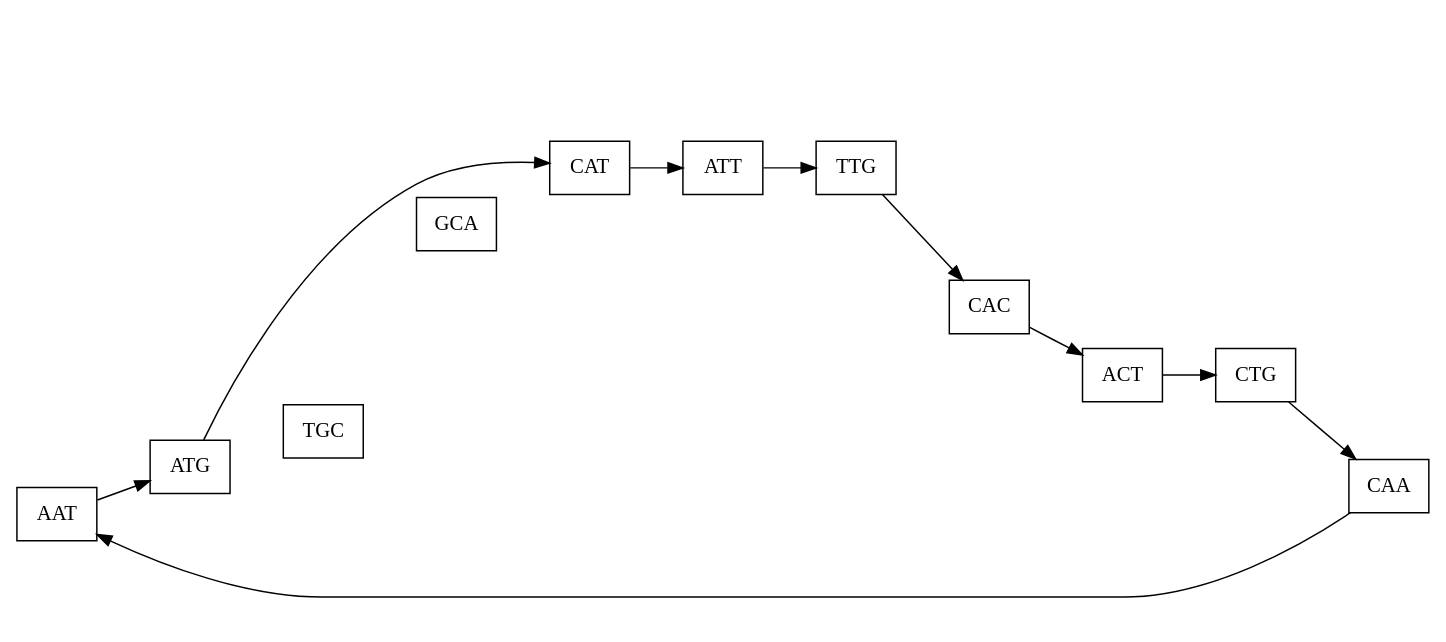
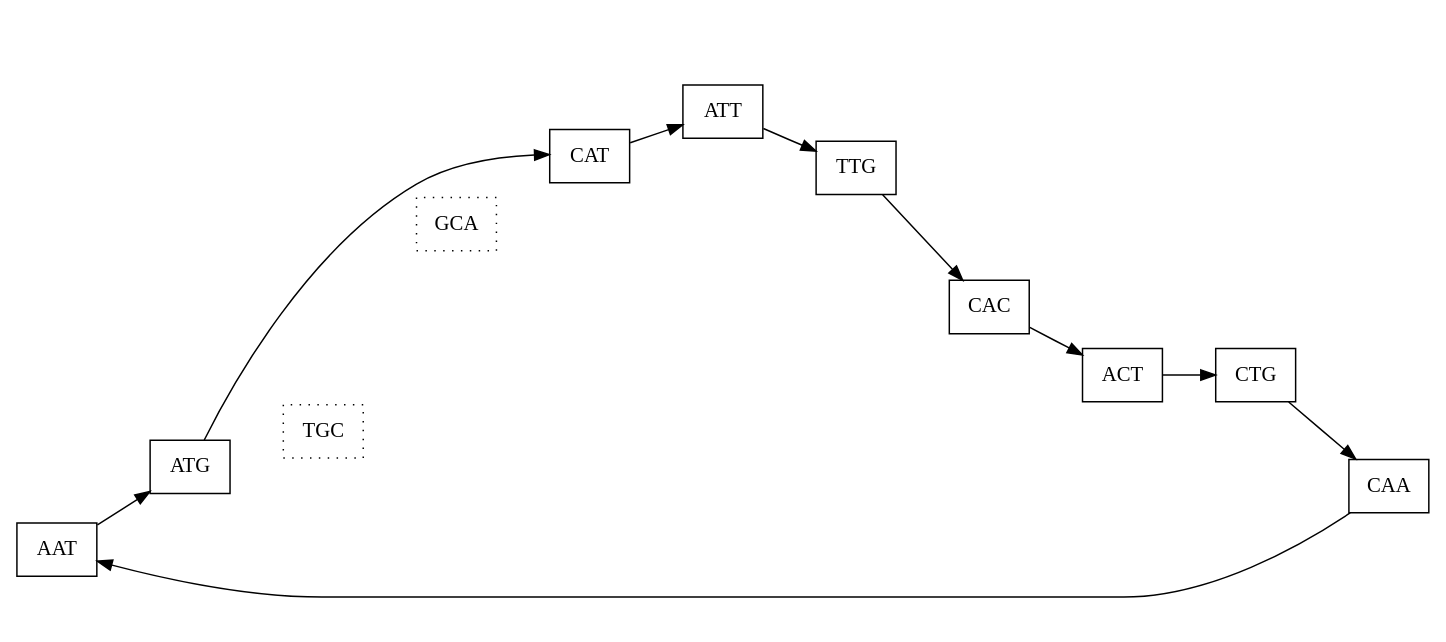
One commit to ablab/spades changed the diagram in assembler/docs/abruijn/ATGCATTGCACTGCA_earmark.dot. Above: the diagram before and after it, drawn with Graphviz. The commit also changed 11 other files, not shown here.

```diff
--- a/assembler/docs/abruijn/ATGCATTGCACTGCA_earmark.dot
+++ b/assembler/docs/abruijn/ATGCATTGCACTGCA_earmark.dot
@@ -1,44 +1,54 @@
-## genome=ATGCATTGCACTGCA readsize=6 k=3
-##dot -Tjpg ATGCATTGCACTGCA.dot -o ATGCATTGCACTGCA.jpg
 digraph ATGCATTGCACTGCA { rankdir="LR"; node[shape="box"] edge[color="black"]
+AAT [shape=box]
+ATG [shape=box]
+TGC [shape=box, style=dotted]
+GCA [shape=box, style=dotted]
+CAT [shape=box]
+ATT [shape=box]
+TTG [shape=box]
+CAC [shape=box]
+ACT [shape=box]
+CTG [shape=box]
+CAA [shape=box]
+
 AAT->ATG[style="invis"]
 ACT->CTG[style="invis"]
 ATG->TGC[style="invis"]
 ATT->TTG[style="invis"]
 CAA->AAT[style="invis"]
 CAC->ACT[style="invis"]
 CAT->ATT[style="invis"]
 CTG->TGC[style="invis"]
 GCA->CAA[style="invis"]
 GCA->CAC[style="invis"]
 GCA->CAT[style="invis"]
 TGC->GCA[style="invis"]
 TTG->TGC[style="invis"]
 
 AAT->ATG
 ACT->CTG
 ATG->CAT
 ATT->TTG
 CAA->AAT
 CAC->ACT
 CAC->CTG[style="invis"]
 CAT->ATT
 CAT->TTG[style="invis"]
 CTG->CAA
 TTG->CAC
 
 AAT->ATG[style="invis"]
 ACT->CTG[style="invis"]
 ATG->TGC[style="invis"]
 ATT->TTG[style="invis"]
 CAA->AAT[style="invis"]
 CAC->ACT[style="invis"]
 CAT->ATT[style="invis"]
 CTG->TGC[style="invis"]
 GCA->ACT[style="invis"]
 GCA->CAA[style="invis"]
 GCA->CAT[style="invis"]
 TGC->ACT[style="invis"]
 TGC->GCA[style="invis"]
 TTG->TGC[style="invis"]
 }
```
